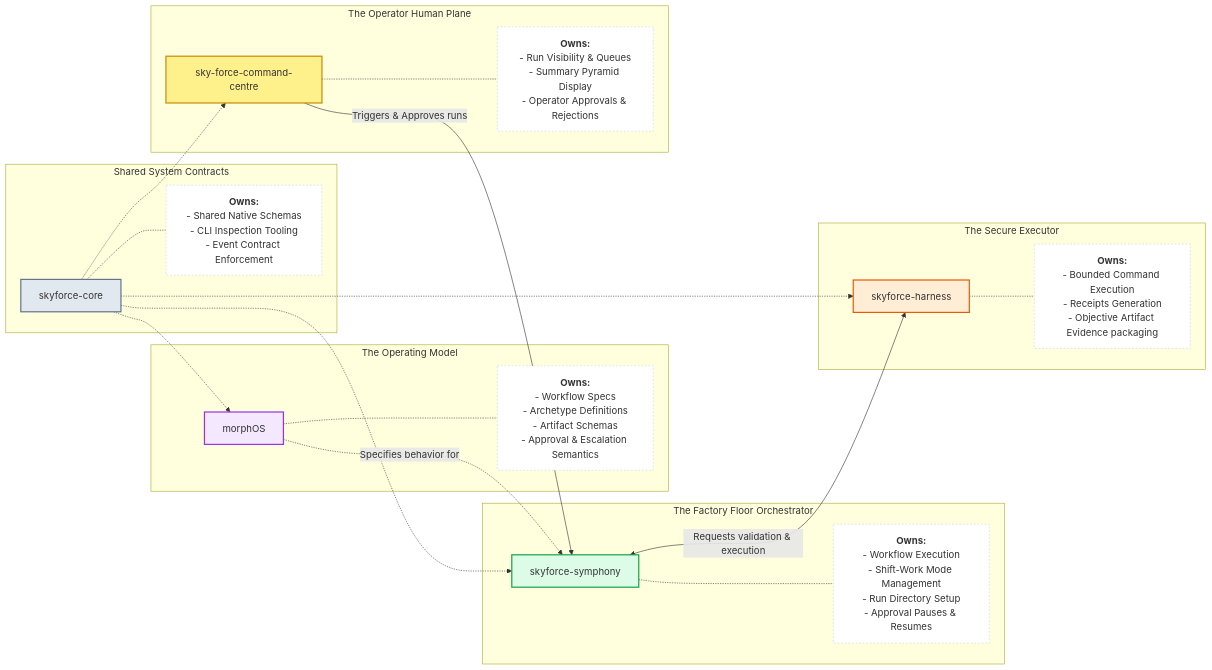
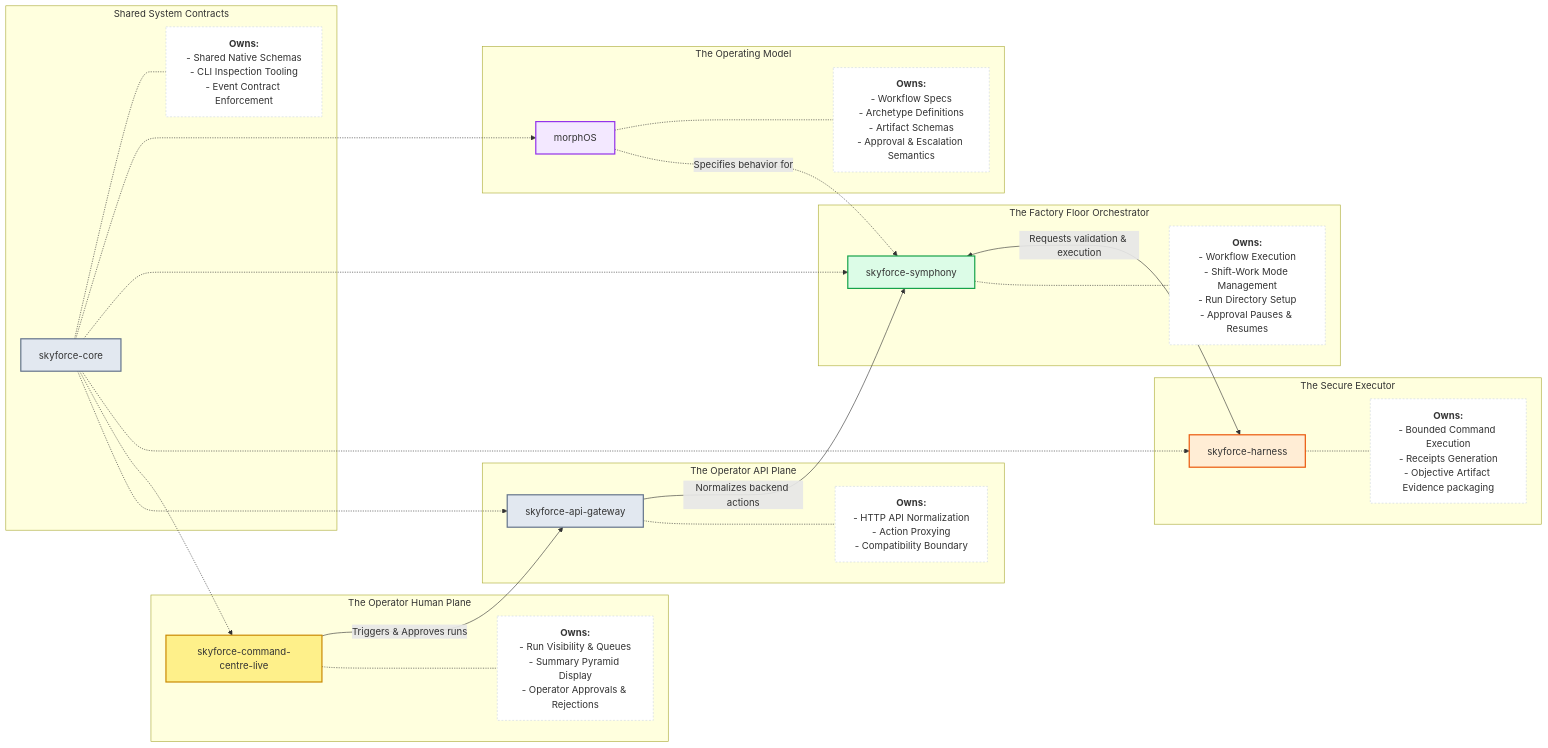
One commit to krishna-ivk/morphOS changed the second of 2 diagrams in docs/user_docs/01_system_overview.md. Above: the diagram before and after it, drawn with Mermaid. The commit also changed other lines of this file and 21 other files, not shown here.

Commit message:
Refresh operator and gateway repo boundaries

````diff
--- a/docs/user_docs/01_system_overview.md
+++ b/docs/user_docs/01_system_overview.md
@@ -53,55 +53,64 @@
 ```mermaid
 flowchart LR
     %% Styling
     classDef model_node fill:#f3e8ff,stroke:#9333ea,stroke-width:2px;
     classDef orch_node fill:#dcfce7,stroke:#16a34a,stroke-width:2px;
     classDef exec_node fill:#ffedd5,stroke:#ea580c,stroke-width:2px;
     classDef ui_node fill:#fef08a,stroke:#ca8a04,stroke-width:2px;
     classDef core_node fill:#e2e8f0,stroke:#64748b,stroke-width:2px;
     classDef trait fill:#ffffff,stroke:#cbd5e1,stroke-width:1px,stroke-dasharray: 3 3;
 
     S[skyforce-symphony]:::orch_node
     H[skyforce-harness]:::exec_node
-    C[sky-force-command-centre]:::ui_node
+    C[skyforce-command-centre-live]:::ui_node
+    GATEWAY[skyforce-api-gateway]:::core_node
     CORE[skyforce-core]:::core_node
 
     %% Flow
     S <-->|Requests validation & execution| H
-    C -->|Triggers & Approves runs| S
+    C -->|Triggers & Approves runs| GATEWAY
+    GATEWAY -->|Normalizes backend actions| S
     
     subgraph Model [The Operating Model]
         M[morphOS]:::model_node
         M_T["<b>Owns:</b><br>- Workflow Specs<br>- Archetype Definitions<br>- Artifact Schemas<br>- Approval & Escalation Semantics"]:::trait
         M -.- M_T
     end
 
     subgraph Orchestrator [The Factory Floor Orchestrator]
         S
         S_T["<b>Owns:</b><br>- Workflow Execution<br>- Shift-Work Mode Management<br>- Run Directory Setup<br>- Approval Pauses & Resumes"]:::trait
         S -.- S_T
     end
 
     subgraph Executor [The Secure Executor]
         H
         H_T["<b>Owns:</b><br>- Bounded Command Execution<br>- Receipts Generation<br>- Objective Artifact Evidence packaging"]:::trait
         H -.- H_T
     end
 
     subgraph UI [The Operator Human Plane]
         C
         C_T["<b>Owns:</b><br>- Run Visibility & Queues<br>- Summary Pyramid Display<br>- Operator Approvals & Rejections"]:::trait
         C -.- C_T
     end
 
+    subgraph Gateway [The Operator API Plane]
+        GATEWAY
+        G_T["<b>Owns:</b><br>- HTTP API Normalization<br>- Action Proxying<br>- Compatibility Boundary"]:::trait
+        GATEWAY -.- G_T
+    end
+
     subgraph Contracts [Shared System Contracts]
         CORE
         CORE_T["<b>Owns:</b><br>- Shared Native Schemas<br>- CLI Inspection Tooling<br>- Event Contract Enforcement"]:::trait
         CORE -.- CORE_T
     end
 
     M -.->|Specifies behavior for| S
     CORE -.-> M
     CORE -.-> S
     CORE -.-> H
     CORE -.-> C
+    CORE -.-> GATEWAY
 ```
````
